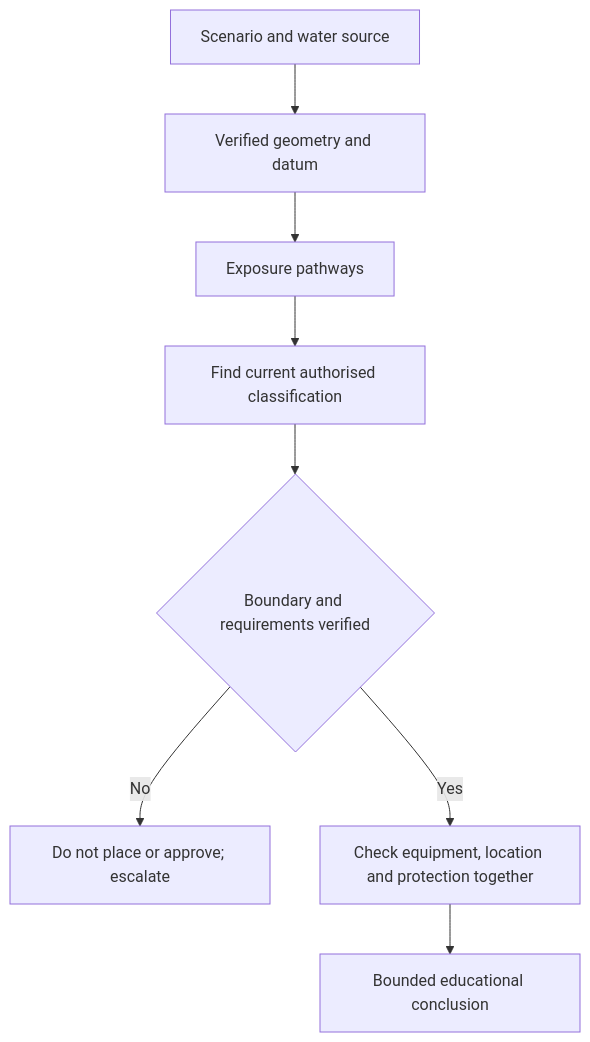
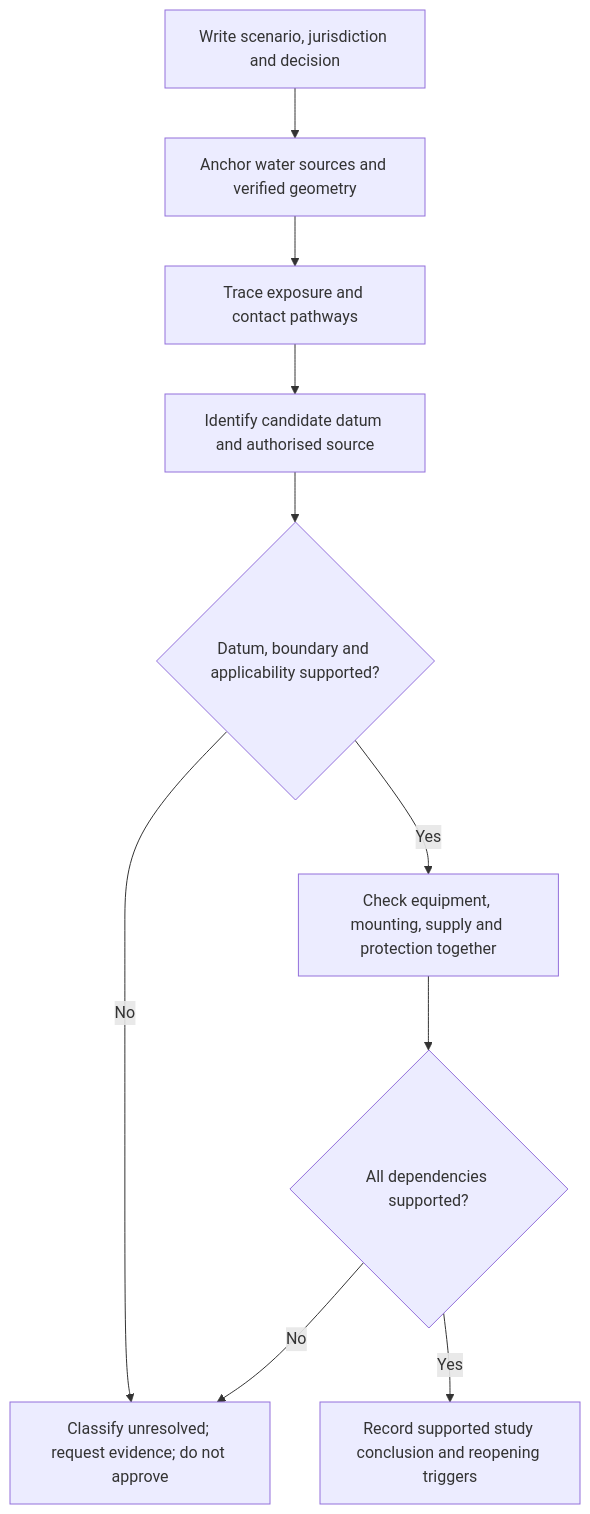
The first of 2 diagrams in docs/learning-plans/6-week/modules/day-29-wet-area-risk-model-and-rule-finding-workflow.md (andrew3stedall/capstone), drawn with Mermaid before and after one commit. The commit also changed other lines of this file and 4 other files, not shown here.

````diff
--- a/docs/learning-plans/6-week/modules/day-29-wet-area-risk-model-and-rule-finding-workflow.md
+++ b/docs/learning-plans/6-week/modules/day-29-wet-area-risk-model-and-rule-finding-workflow.md
@@ -53,10 +88,12 @@
 ```mermaid
 flowchart TD
-    A[Scenario and water source] --> B[Verified geometry and datum]
-    B --> C[Exposure pathways]
-    C --> D[Find current authorised classification]
-    D --> E{Boundary and requirements verified}
-    E -->|No| F[Do not place or approve; escalate]
-    E -->|Yes| G[Check equipment, location and protection together]
-    G --> H[Bounded educational conclusion]
+    A[Write scenario, jurisdiction and decision] --> B[Anchor water sources and verified geometry]
+    B --> C[Trace exposure and contact pathways]
+    C --> D[Identify candidate datum and authorised source]
+    D --> E{Datum, boundary and applicability supported?}
+    E -->|No| F[Classify unresolved; request evidence; do not approve]
+    E -->|Yes| G[Check equipment, mounting, supply and protection together]
+    G --> H{All dependencies supported?}
+    H -->|No| F
+    H -->|Yes| I[Record supported study conclusion and reopening triggers]
 ```
````
